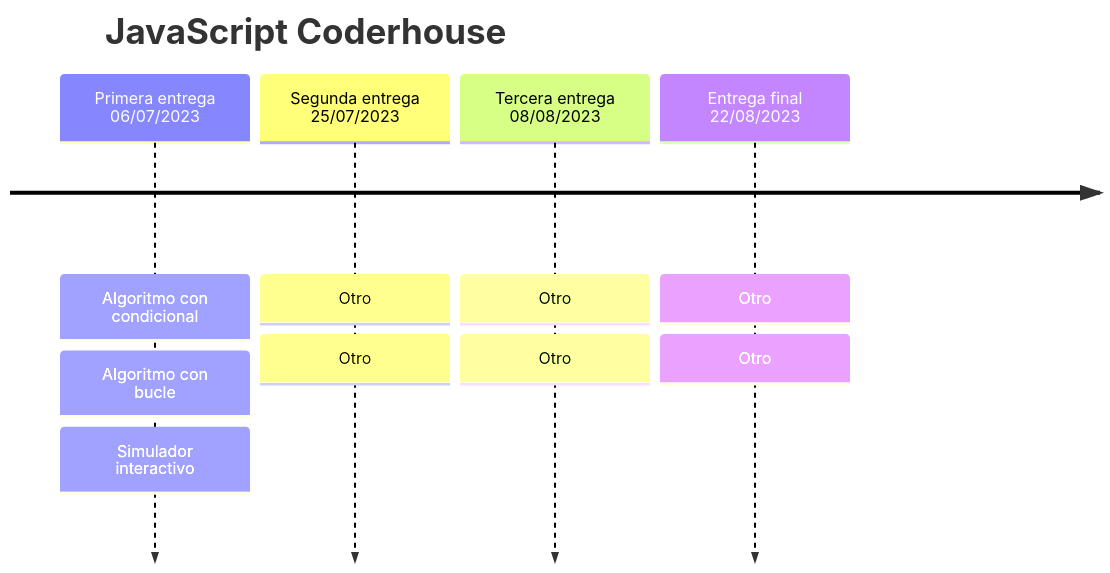
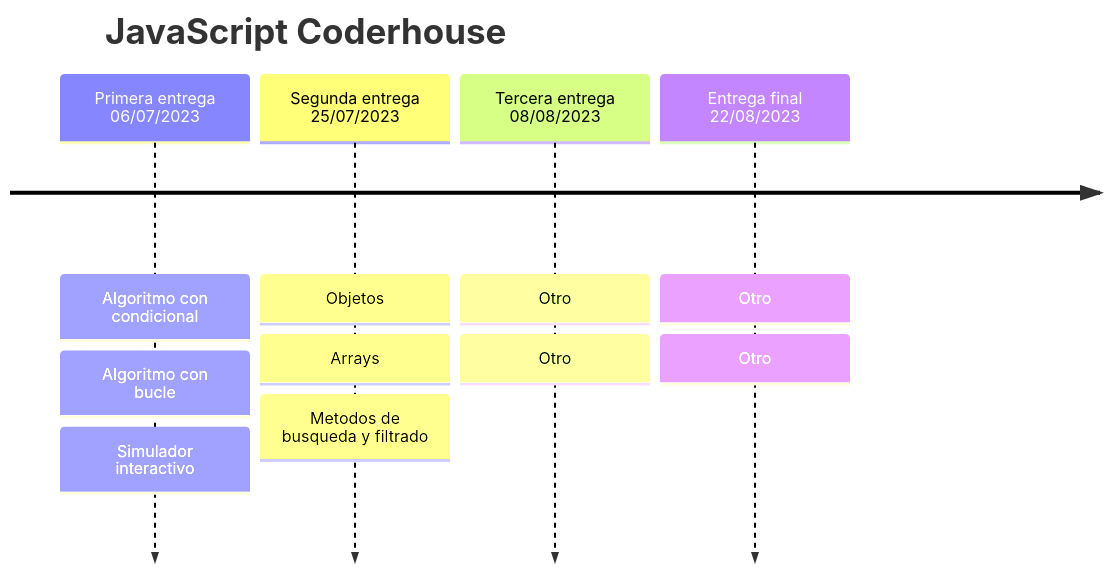
The diagram in README.md (agusflores/js-coderhouse), drawn with Mermaid before and after one commit. The commit also changed other lines of this file, not shown here.

````diff
--- a/README.md
+++ b/README.md
@@ -18,8 +20,8 @@
 ``` mermaid
 timeline
     title JavaScript Coderhouse
     Primera entrega 06/07/2023 : Algoritmo con condicional : Algoritmo con bucle : Simulador interactivo
-    Segunda entrega 25/07/2023 : Otro : Otro 
+    Segunda entrega 25/07/2023 : Objetos : Arrays : Metodos de busqueda y filtrado 
     Tercera entrega 08/08/2023 : Otro : Otro
     Entrega final 22/08/2023   : Otro : Otro
 ```
````
